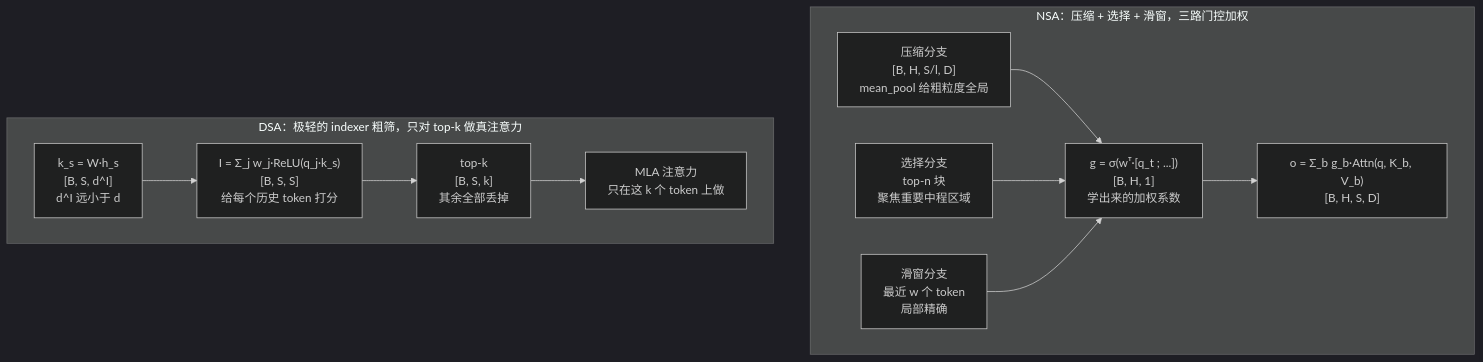
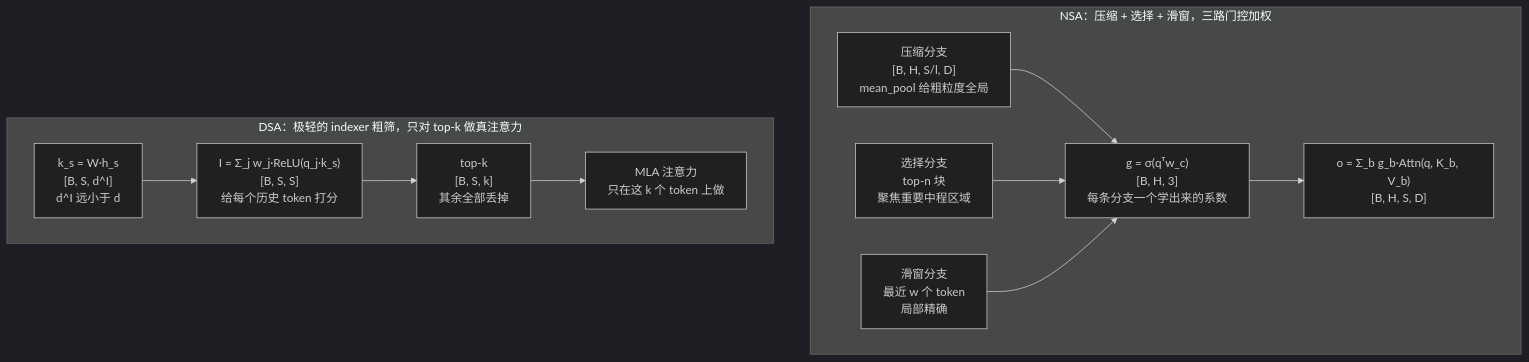
One commit to zeng-yirong/awesome-llm-interview-code changed the diagram in docs/01-attention/sparse-attention.md. Above: the diagram before and after it, drawn with Mermaid (dark theme). The commit also changed other lines of this file and 1 other file, not shown here.

````diff
--- a/docs/01-attention/sparse-attention.md
+++ b/docs/01-attention/sparse-attention.md
@@ -49,14 +49,14 @@
 ```mermaid
 flowchart TD
   subgraph NSA["NSA：压缩 + 选择 + 滑窗，三路门控加权"]
     direction LR
-    cmp["压缩分支<br/>[B, H, S/l, D]<br/>mean_pool 给粗粒度全局"] --> g["g = σ(wᵀ·[q_t ; ...])<br/>[B, H, 1]<br/>学出来的加权系数"]
+    cmp["压缩分支<br/>[B, H, S/l, D]<br/>mean_pool 给粗粒度全局"] --> g["g = σ(qᵀw_c)<br/>[B, H, 3]<br/>每条分支一个学出来的系数"]
     sel["选择分支<br/>top-n 块<br/>聚焦重要中程区域"] --> g
     win["滑窗分支<br/>最近 w 个 token<br/>局部精确"] --> g
     g --> o1["o = Σ_b g_b·Attn(q, K_b, V_b)<br/>[B, H, S, D]"]
   end
   subgraph DSA["DSA：极轻的 indexer 粗筛，只对 top-k 做真注意力"]
     direction LR
     ks["k_s = W·h_s<br/>[B, S, d^I]<br/>d^I 远小于 d"] --> sc["I = Σ_j w_j·ReLU(q_j·k_s)<br/>[B, S, S]<br/>给每个历史 token 打分"] --> tk["top-k<br/>[B, S, k]<br/>其余全部丢掉"] --> att["MLA 注意力<br/>只在这 k 个 token 上做"]
   end
 ```
````
